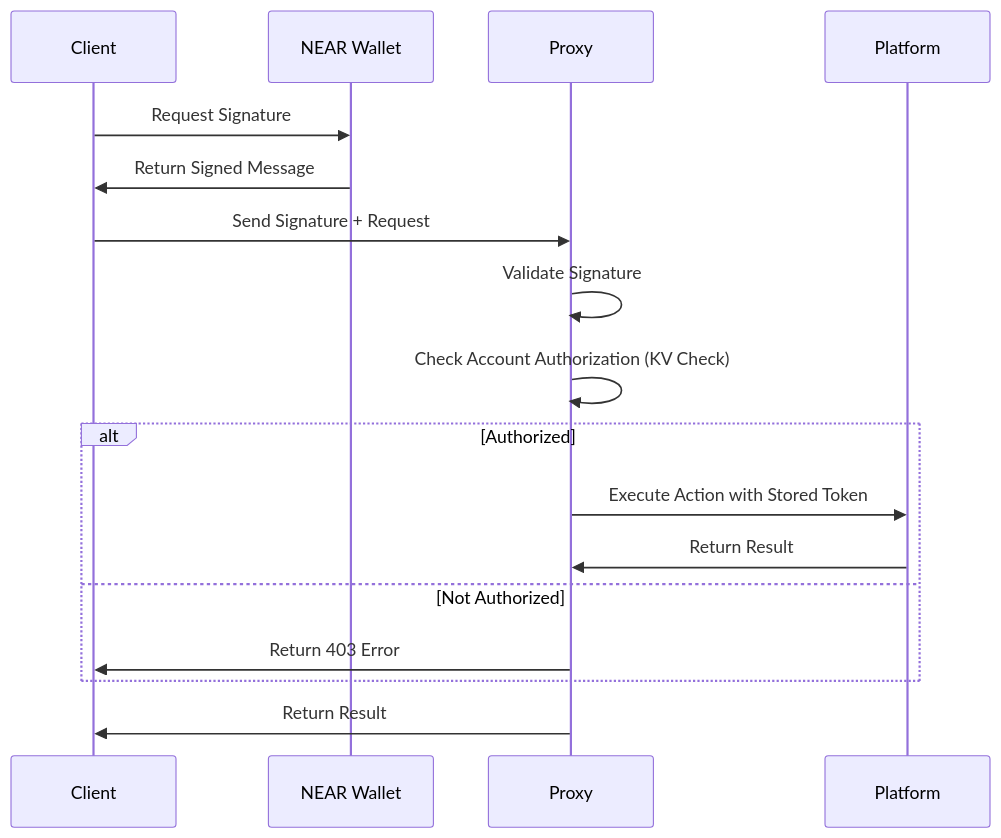
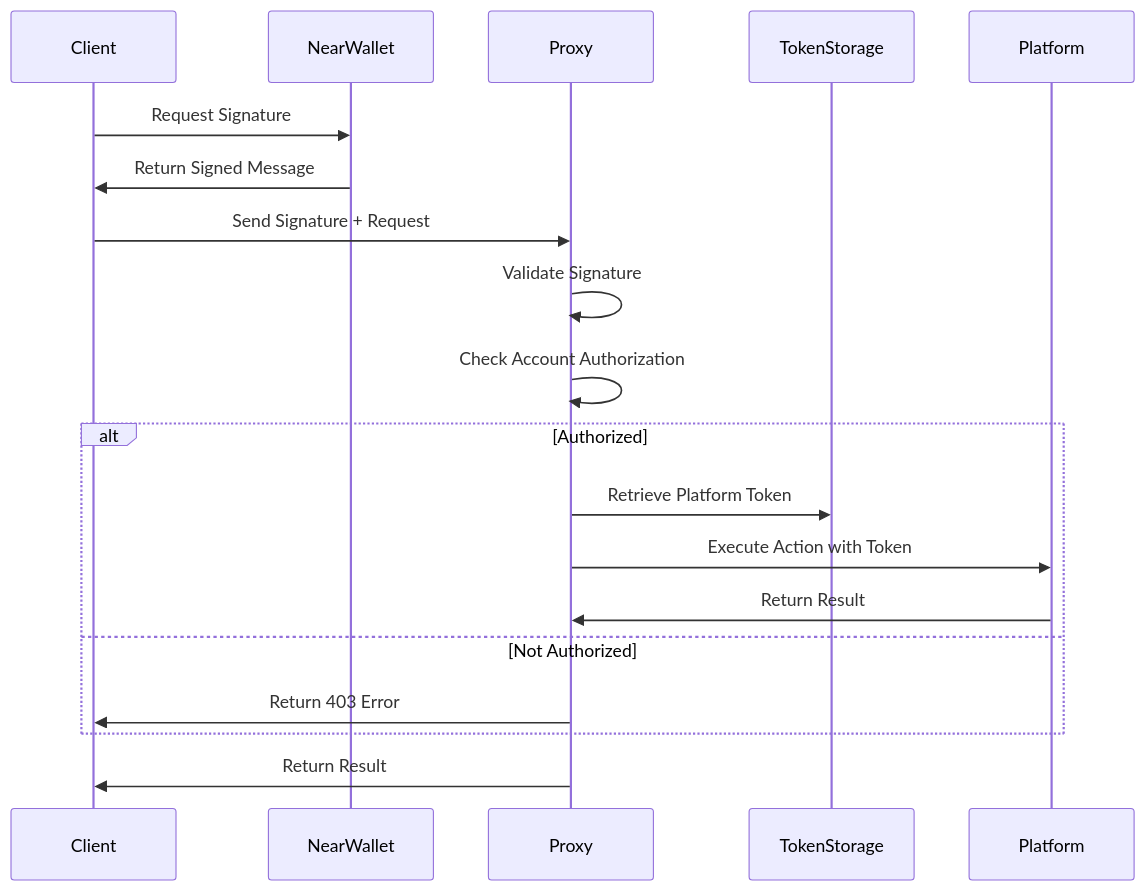
The second of 5 diagrams in memory-bank/systemPatterns.md (open-crosspost/open-crosspost-proxy-service), drawn with Mermaid before and after one commit. The commit also changed other lines of this file and 156 other files, not shown here.

First line of the commit message:
Adds tests, fixes flows, adds deploys, moves near-sign-verify (#1)

````diff
--- a/memory-bank/systemPatterns.md
+++ b/memory-bank/systemPatterns.md
@@ -136,20 +49,22 @@
 ```mermaid
 sequenceDiagram
     participant Client
-    participant NEAR Wallet
+    participant NearWallet
     participant Proxy
+    participant TokenStorage
     participant Platform
     
-    Client->>NEAR Wallet: Request Signature
-    NEAR Wallet->>Client: Return Signed Message
+    Client->>NearWallet: Request Signature
+    NearWallet->>Client: Return Signed Message
     Client->>Proxy: Send Signature + Request
     Proxy->>Proxy: Validate Signature
-    Proxy->>Proxy: Check Account Authorization (KV Check)
+    Proxy->>Proxy: Check Account Authorization
     alt Authorized
-      Proxy->>Platform: Execute Action with Stored Token
+      Proxy->>TokenStorage: Retrieve Platform Token
+      Proxy->>Platform: Execute Action with Token
       Platform->>Proxy: Return Result
     else Not Authorized
       Proxy->>Client: Return 403 Error
     end
     Proxy->>Client: Return Result
 ```
````
